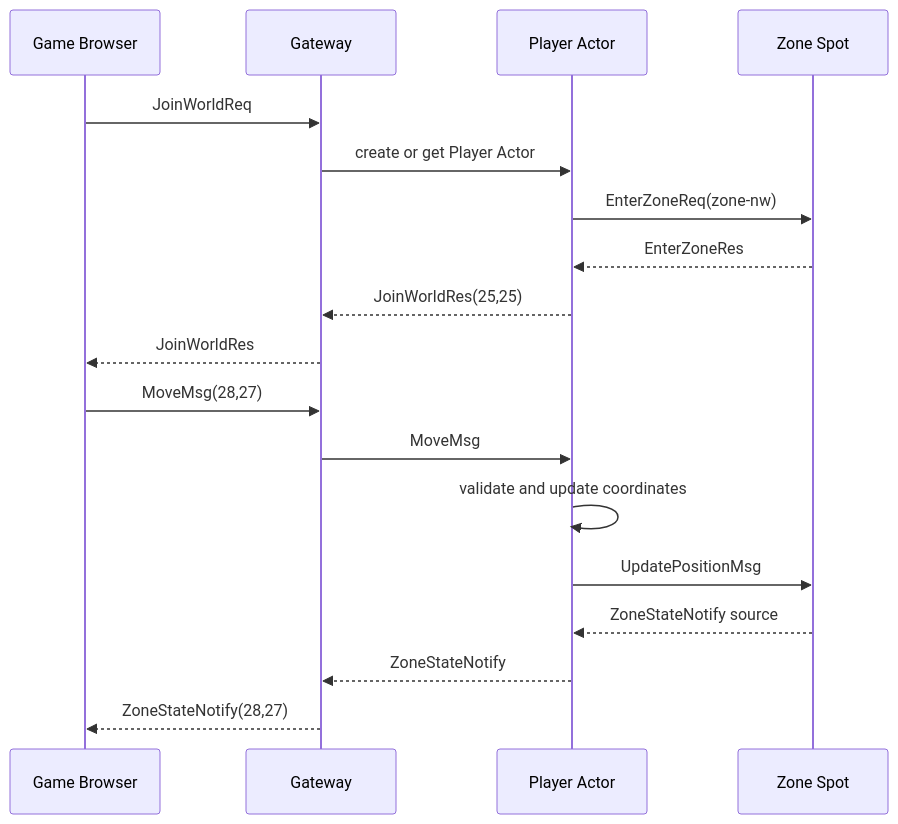
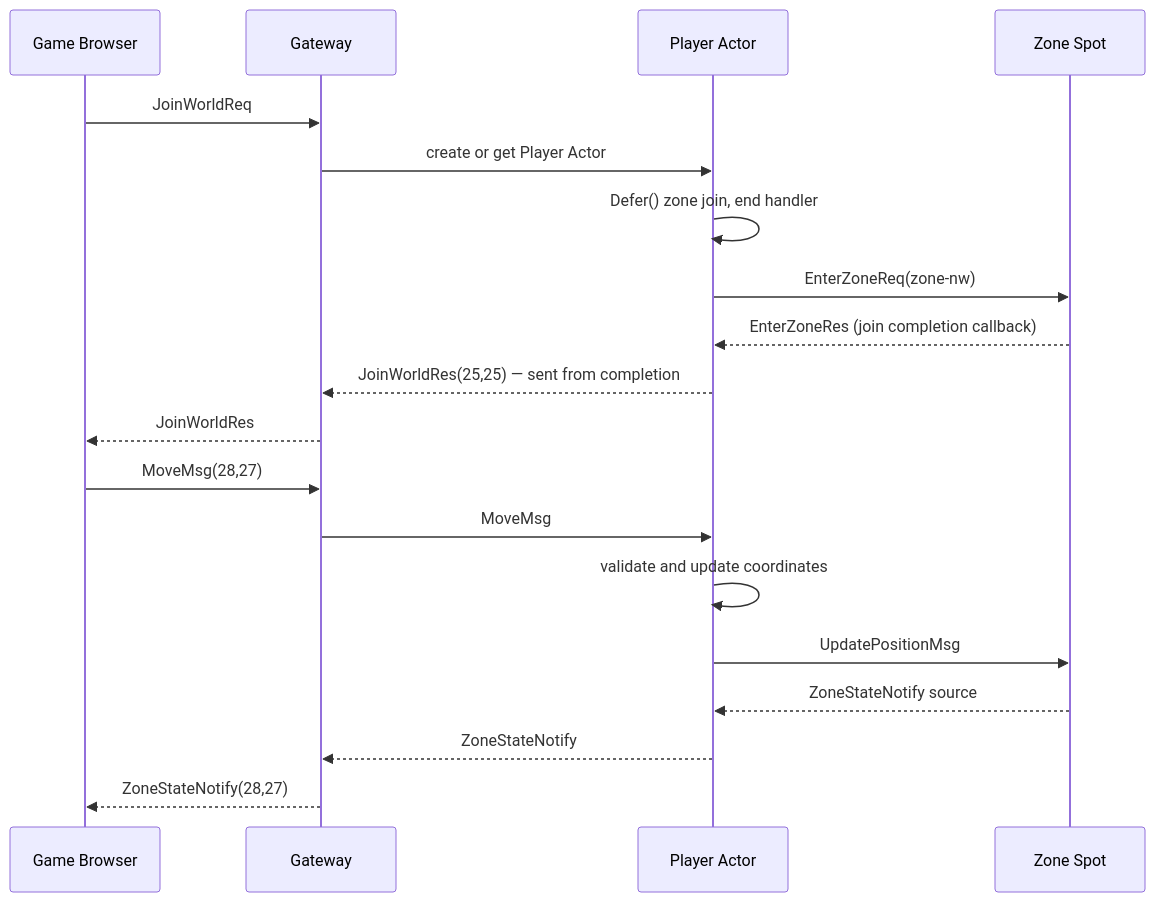
One commit to zlink-systems/zlink changed the second of 4 diagrams in framework/doc/framework/common/sample/zoneworld/README.en.md. Above: the diagram before and after it, drawn with Mermaid. The commit also changed other lines of this file and 3 other files, not shown here.

````diff
--- a/framework/doc/framework/common/sample/zoneworld/README.en.md
+++ b/framework/doc/framework/common/sample/zoneworld/README.en.md
@@ -401,21 +443,22 @@
 ```mermaid
 sequenceDiagram
     participant C as Game Browser
     participant G as Gateway
     participant A as Player Actor
     participant Z as Zone Spot
 
     C->>G: JoinWorldReq
     G->>A: create or get Player Actor
+    A->>A: Defer() zone join, end handler
     A->>Z: EnterZoneReq(zone-nw)
-    Z-->>A: EnterZoneRes
-    A-->>G: JoinWorldRes(25,25)
+    Z-->>A: EnterZoneRes (join completion callback)
+    A-->>G: JoinWorldRes(25,25) — sent from completion
     G-->>C: JoinWorldRes
     C->>G: MoveMsg(28,27)
     G->>A: MoveMsg
     A->>A: validate and update coordinates
     A->>Z: UpdatePositionMsg
     Z-->>A: ZoneStateNotify source
     A-->>G: ZoneStateNotify
     G-->>C: ZoneStateNotify(28,27)
 ```
````
